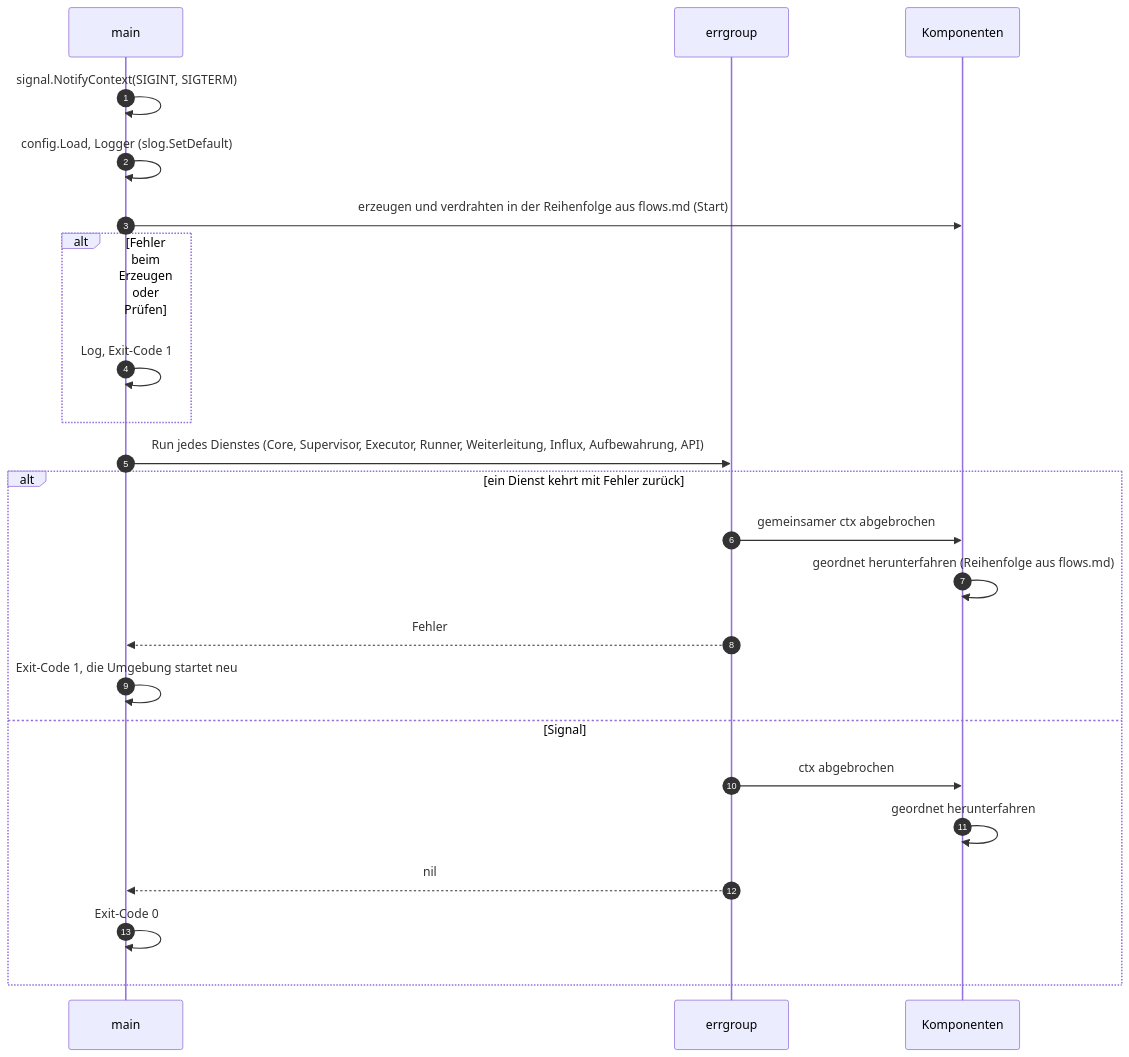
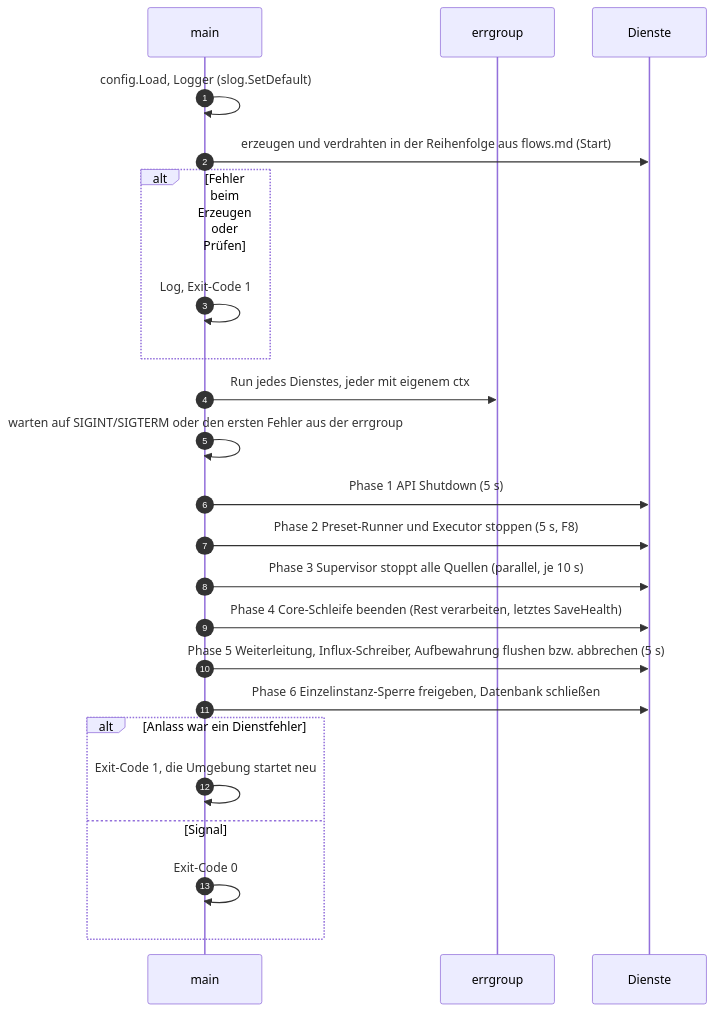
Before and after one commit to lukirs95/monika: the second of 2 diagrams in docs/contracts/bootstrap.md, drawn with Mermaid. The commit also changed other lines of this file and 9 other files, not shown here.

````diff
--- a/docs/contracts/bootstrap.md
+++ b/docs/contracts/bootstrap.md
@@ -82,26 +82,26 @@
 ```mermaid
 sequenceDiagram
     autonumber
     participant M as main
     participant G as errgroup
-    participant K as Komponenten
+    participant K as Dienste
 
-    M->>M: signal.NotifyContext(SIGINT, SIGTERM)
     M->>M: config.Load, Logger (slog.SetDefault)
     M->>K: erzeugen und verdrahten in der Reihenfolge aus flows.md (Start)
     alt Fehler beim Erzeugen oder Prüfen
         M->>M: Log, Exit-Code 1
     end
-    M->>G: Run jedes Dienstes (Core, Supervisor, Executor, Runner, Weiterleitung, Influx, Aufbewahrung, API)
-    alt ein Dienst kehrt mit Fehler zurück
-        G->>K: gemeinsamer ctx abgebrochen
-        K->>K: geordnet herunterfahren (Reihenfolge aus flows.md)
-        G-->>M: Fehler
+    M->>G: Run jedes Dienstes, jeder mit eigenem ctx
+    M->>M: warten auf SIGINT/SIGTERM oder den ersten Fehler aus der errgroup
+    M->>K: Phase 1 API Shutdown (5 s)
+    M->>K: Phase 2 Preset-Runner und Executor stoppen (5 s, F8)
+    M->>K: Phase 3 Supervisor stoppt alle Quellen (parallel, je 10 s)
+    M->>K: Phase 4 Core-Schleife beenden (Rest verarbeiten, letztes SaveHealth)
+    M->>K: Phase 5 Weiterleitung, Influx-Schreiber, Aufbewahrung flushen bzw. abbrechen (5 s)
+    M->>K: Phase 6 Einzelinstanz-Sperre freigeben, Datenbank schließen
+    alt Anlass war ein Dienstfehler
         M->>M: Exit-Code 1, die Umgebung startet neu
     else Signal
-        G->>K: ctx abgebrochen
-        K->>K: geordnet herunterfahren
-        G-->>M: nil
         M->>M: Exit-Code 0
     end
 ```
````
